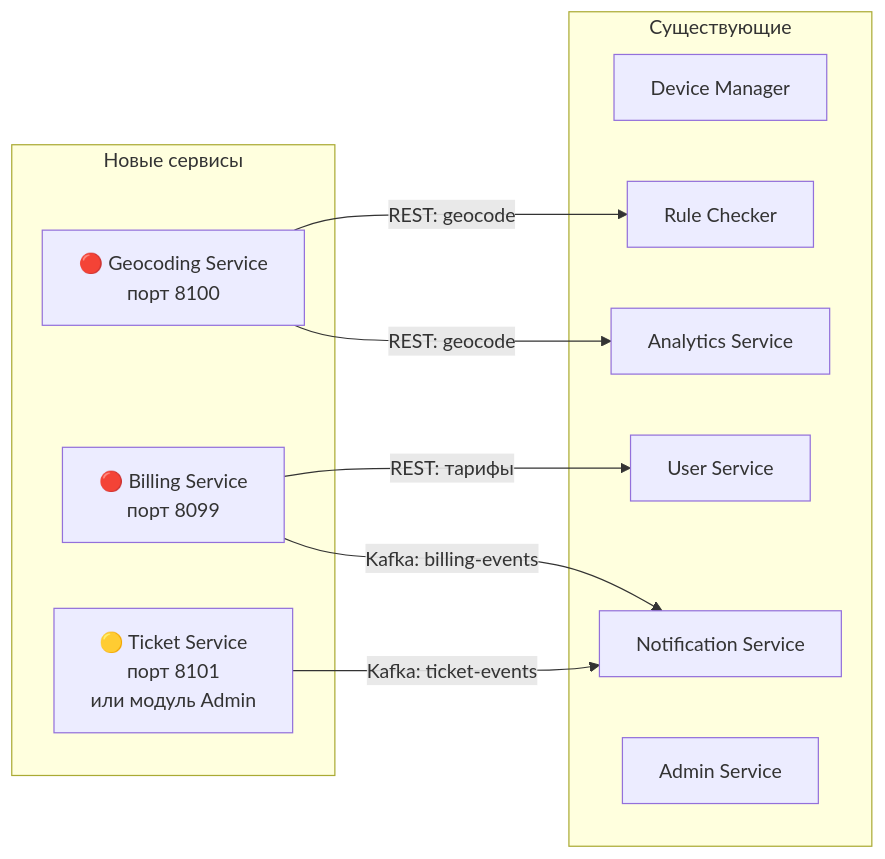
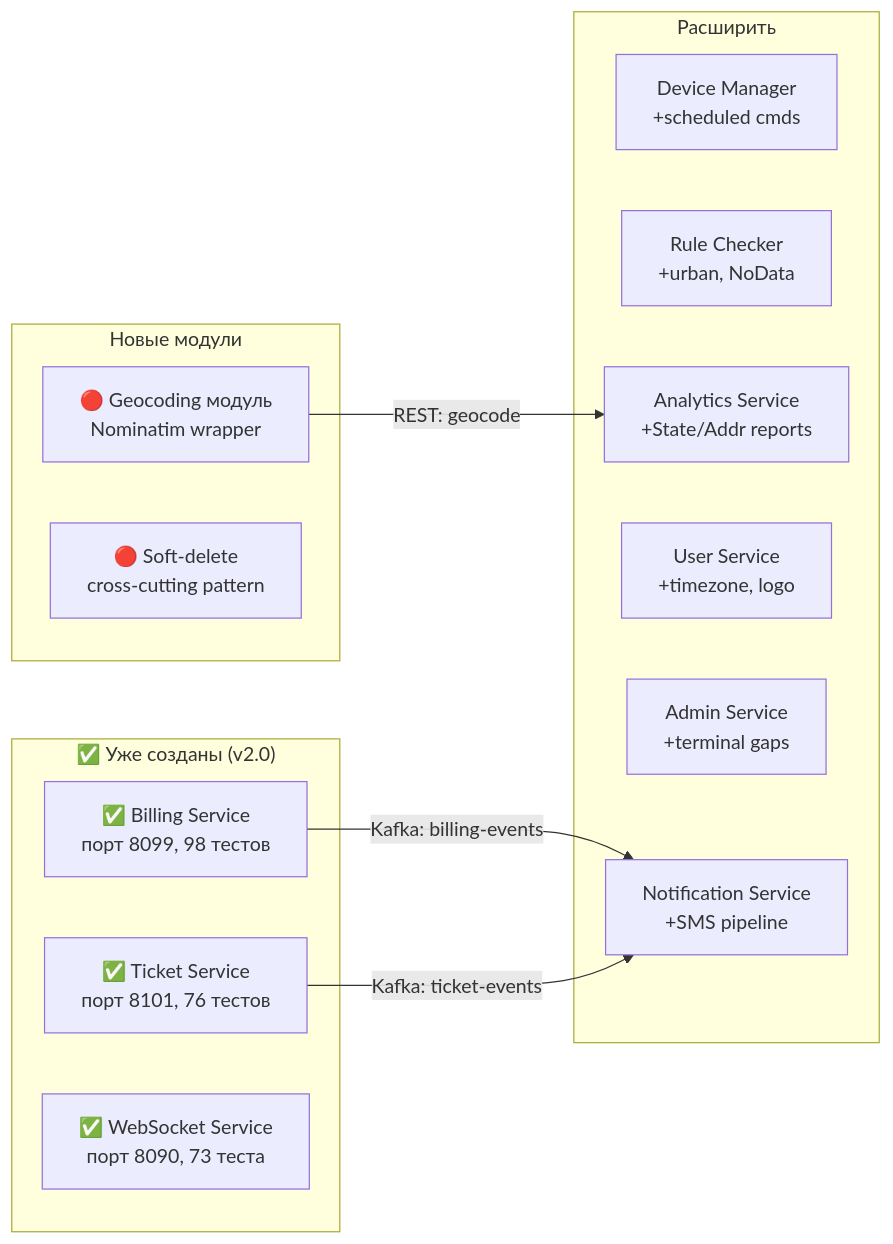
One commit to revarewerd/wayrecall-tracker-system changed the first of 2 diagrams in docs/STELS_GAP_ANALYSIS.md. Above: the diagram before and after it, drawn with Mermaid. The commit also changed other lines of this file and 36 other files, not shown here.

````diff
--- a/docs/STELS_GAP_ANALYSIS.md
+++ b/docs/STELS_GAP_ANALYSIS.md
@@ -439,23 +584,26 @@
 ```mermaid
 flowchart LR
-    subgraph "Новые сервисы"
-        BS[🔴 Billing Service<br/>порт 8099]
-        GS[🔴 Geocoding Service<br/>порт 8100]
-        TS[🟡 Ticket Service<br/>порт 8101<br/>или модуль Admin]
+    subgraph "Новые модули"
+        GS[🔴 Geocoding модуль<br/>Nominatim wrapper]
+        SD[🔴 Soft-delete<br/>cross-cutting pattern]
     end
     
-    subgraph "Существующие"
-        DM[Device Manager]
-        RC[Rule Checker]
-        AS[Analytics Service]
-        US[User Service]
-        NS[Notification Service]
-        ADS[Admin Service]
+    subgraph "✅ Уже созданы (v2.0)"
+        BS[✅ Billing Service<br/>порт 8099, 98 тестов]
+        TS[✅ Ticket Service<br/>порт 8101, 76 тестов]
+        WS[✅ WebSocket Service<br/>порт 8090, 73 теста]
     end
     
+    subgraph "Расширить"
+        DM[Device Manager<br/>+scheduled cmds]
+        RC[Rule Checker<br/>+urban, NoData]
+        AS[Analytics Service<br/>+State/Addr reports]
+        US[User Service<br/>+timezone, logo]
+        ADS[Admin Service<br/>+terminal gaps]
+        NS[Notification Service<br/>+SMS pipeline]
+    end
+    
+    GS -->|REST: geocode| AS
     BS -->|Kafka: billing-events| NS
-    BS -->|REST: тарифы| US
-    GS -->|REST: geocode| AS
-    GS -->|REST: geocode| RC
     TS -->|Kafka: ticket-events| NS
 ```
````
